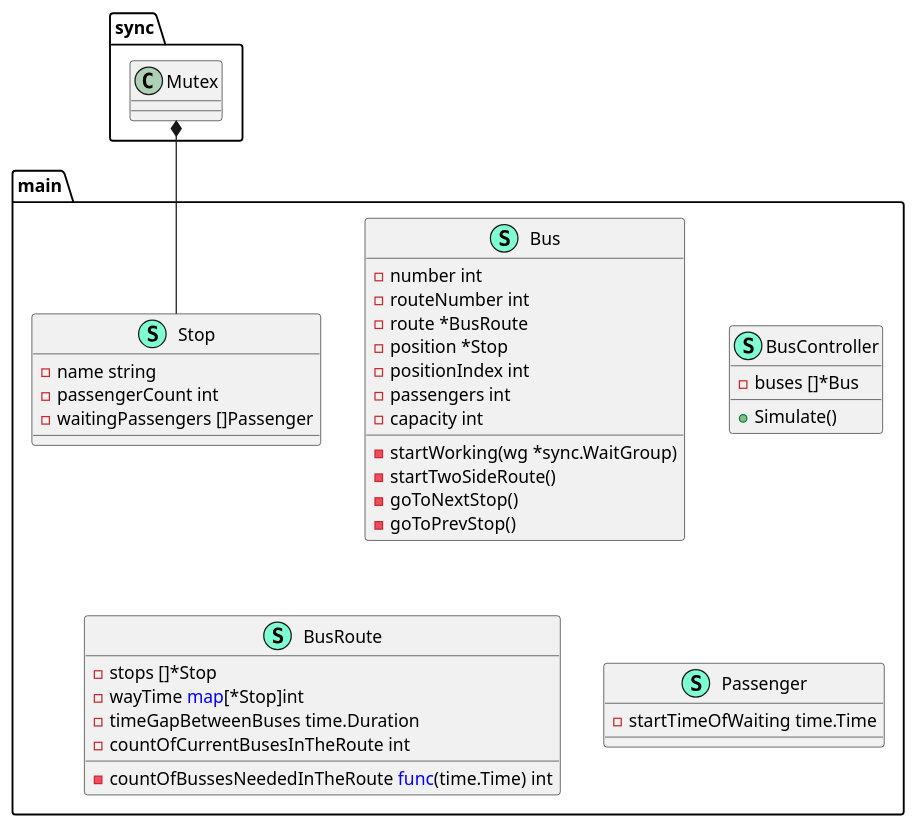
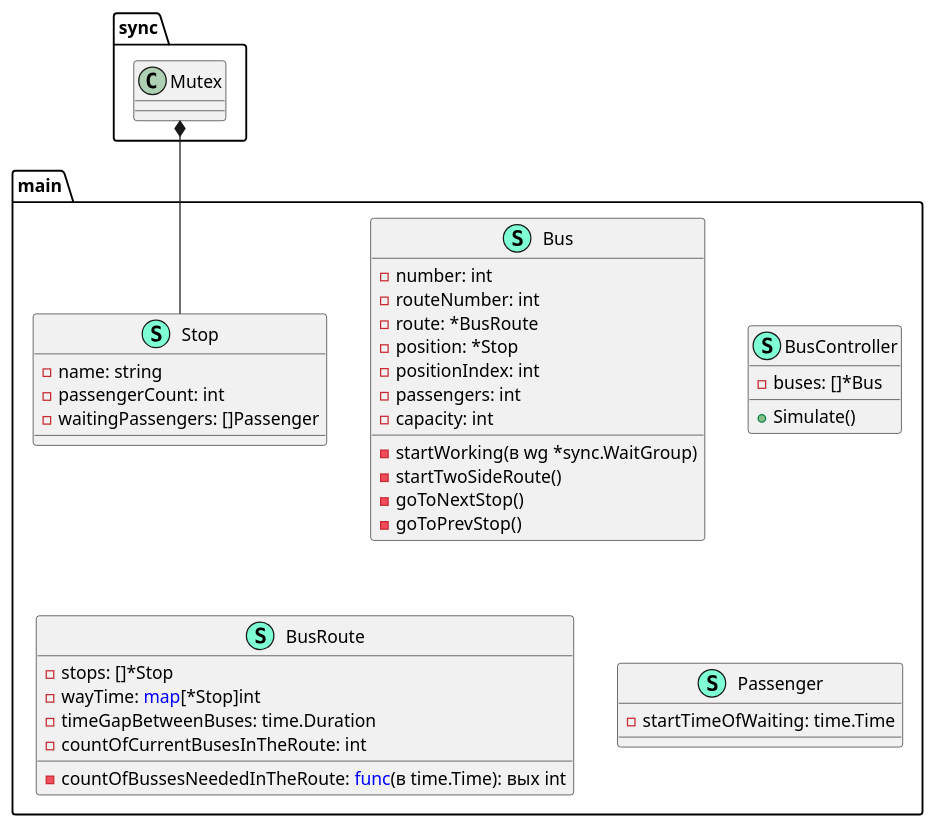
One commit to sQUARys/course_work_oop changed the diagram in third/ThirdUml.puml. Above: the diagram before and after it, drawn with PlantUML. The commit also changed 2 other files, not shown here.

Commit message:
Update uml diagramm

```diff
--- a/third/ThirdUml.puml
+++ b/third/ThirdUml.puml
@@ -1,46 +1,45 @@
 @startuml
 namespace main {
     class Bus << (S,Aquamarine) >> {
-        - number int
-        - routeNumber int
-        - route *BusRoute
-        - position *Stop
-        - positionIndex int
-        - passengers int
-        - capacity int
+        - number: int
+        - routeNumber: int
+        - route: *BusRoute
+        - position: *Stop
+        - positionIndex: int
+        - passengers: int
+        - capacity: int
 
-        - startWorking(wg *sync.WaitGroup) 
+        - startWorking(в wg *sync.WaitGroup)
         - startTwoSideRoute() 
         - goToNextStop() 
         - goToPrevStop() 
 
     }
     class BusController << (S,Aquamarine) >> {
-        - buses []*Bus
+        - buses: []*Bus
 
-        + Simulate() 
-
+        + Simulate()
     }
     class BusRoute << (S,Aquamarine) >> {
-        - stops []*Stop
-        - wayTime <font color=blue>map</font>[*Stop]int
-        - timeGapBetweenBuses time.Duration
-        - countOfBussesNeededInTheRoute <font color=blue>func</font>(time.Time) int
-        - countOfCurrentBusesInTheRoute int
+        - stops: []*Stop
+        - wayTime: <font color=blue>map</font>[*Stop]int
+        - timeGapBetweenBuses: time.Duration
+        - countOfBussesNeededInTheRoute: <font color=blue>func</font>(в time.Time): вых int
+        - countOfCurrentBusesInTheRoute: int
 
     }
     class Passenger << (S,Aquamarine) >> {
-        - startTimeOfWaiting time.Time
+        - startTimeOfWaiting: time.Time
 
     }
     class Stop << (S,Aquamarine) >> {
-        - name string
-        - passengerCount int
-        - waitingPassengers []Passenger
+        - name: string
+        - passengerCount: int
+        - waitingPassengers: []Passenger
 
     }
 }
 "sync.Mutex" *-- "main.Stop"
 
 
 @enduml
```
